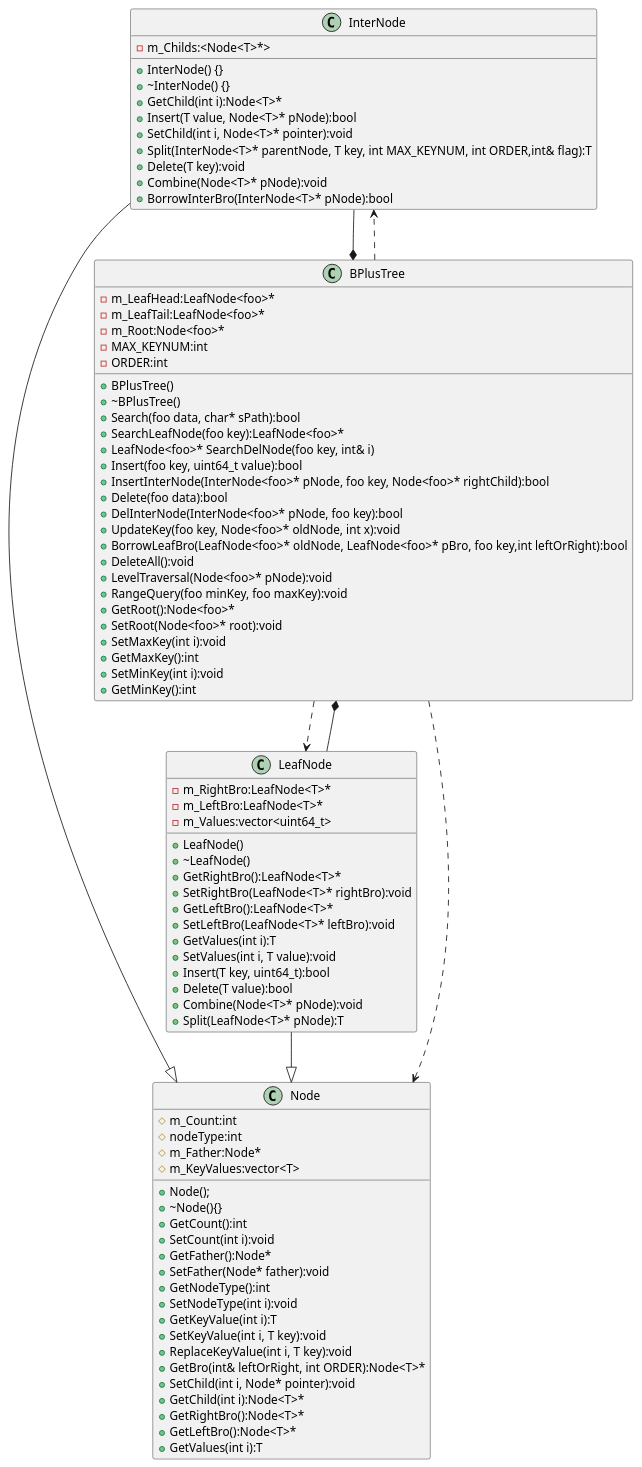
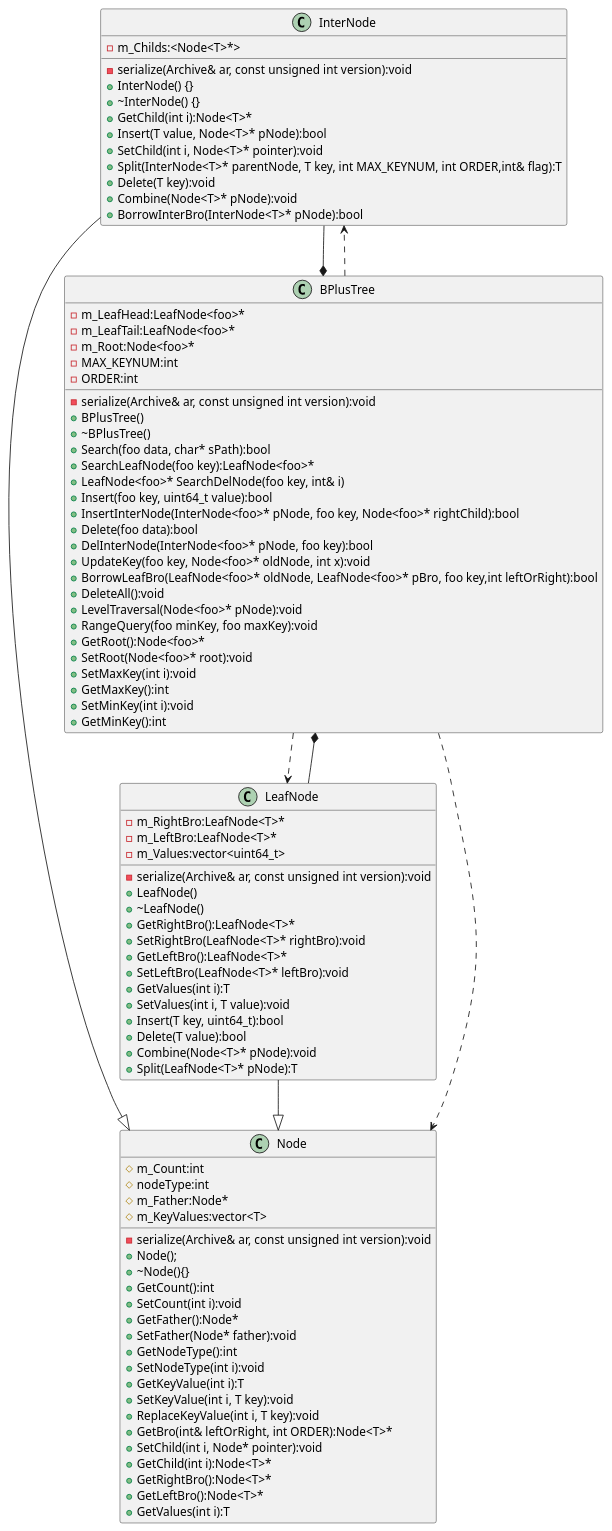
Before and after one commit to whyeinstein/BPlusTree: the diagram in docs/diagrams/src/BPlusTreeClassDiagram.plantuml, drawn with PlantUML. The commit also changed 9 other files, not shown here.

Commit message:
update diagram

```diff
--- a/docs/diagrams/src/BPlusTreeClassDiagram.plantuml
+++ b/docs/diagrams/src/BPlusTreeClassDiagram.plantuml
@@ -1,93 +1,97 @@
 @startuml BPlusTree Class Diagram
 class Node {
+  -serialize(Archive& ar, const unsigned int version):void
   #m_Count:int
   #nodeType:int
   #m_Father:Node*             
   #m_KeyValues:vector<T>  
   +Node();
   +~Node(){}  
   +GetCount():int 
   +SetCount(int i):void 
   +GetFather():Node* 
   +SetFather(Node* father):void 
   +GetNodeType():int 
   +SetNodeType(int i):void
   +GetKeyValue(int i):T
   +SetKeyValue(int i, T key):void
   +ReplaceKeyValue(int i, T key):void
   +GetBro(int& leftOrRight, int ORDER):Node<T>*
   +SetChild(int i, Node* pointer):void
   +GetChild(int i):Node<T>*
   +GetRightBro():Node<T>*
   +GetLeftBro():Node<T>*
   +GetValues(int i):T
 }
 
 class InterNode{
   -m_Childs:<Node<T>*>
+  -serialize(Archive& ar, const unsigned int version):void
   +InterNode() {}
   +~InterNode() {}
   +GetChild(int i):Node<T>* 
   +Insert(T value, Node<T>* pNode):bool
   +SetChild(int i, Node<T>* pointer):void
   +Split(InterNode<T>* parentNode, T key, int MAX_KEYNUM, int ORDER,int& flag):T
   +Delete(T key):void
   +Combine(Node<T>* pNode):void
   +BorrowInterBro(InterNode<T>* pNode):bool
 }
 
 class LeafNode {
   -m_RightBro:LeafNode<T>*         
   -m_LeftBro:LeafNode<T>*          
-  -m_Values:vector<uint64_t>  
+  -m_Values:vector<uint64_t>
+  -serialize(Archive& ar, const unsigned int version):void  
   +LeafNode()
   +~LeafNode()
   +GetRightBro():LeafNode<T>*
   +SetRightBro(LeafNode<T>* rightBro):void 
   +GetLeftBro():LeafNode<T>* 
   +SetLeftBro(LeafNode<T>* leftBro):void 
   +GetValues(int i):T 
   +SetValues(int i, T value):void 
   +Insert(T key, uint64_t):bool 
   +Delete(T value):bool 
   +Combine(Node<T>* pNode):void
   +Split(LeafNode<T>* pNode):T 
 }
 
 class BPlusTree{
   -m_LeafHead:LeafNode<foo>*
   -m_LeafTail:LeafNode<foo>*
   -m_Root:Node<foo>*         
   -MAX_KEYNUM:int             
-  -ORDER:int                  
+  -ORDER:int 
+  -serialize(Archive& ar, const unsigned int version):void                  
   +BPlusTree()
   +~BPlusTree()
   +Search(foo data, char* sPath):bool 
   +SearchLeafNode(foo key):LeafNode<foo>*
   +LeafNode<foo>* SearchDelNode(foo key, int& i)  
   +Insert(foo key, uint64_t value):bool
   +InsertInterNode(InterNode<foo>* pNode, foo key, Node<foo>* rightChild):bool
   +Delete(foo data):bool
   +DelInterNode(InterNode<foo>* pNode, foo key):bool
   +UpdateKey(foo key, Node<foo>* oldNode, int x):void
   +BorrowLeafBro(LeafNode<foo>* oldNode, LeafNode<foo>* pBro, foo key,int leftOrRight):bool
   +DeleteAll():void
   +LevelTraversal(Node<foo>* pNode):void
   +RangeQuery(foo minKey, foo maxKey):void
   +GetRoot():Node<foo>*
   +SetRoot(Node<foo>* root):void
   +SetMaxKey(int i):void
   +GetMaxKey():int
   +SetMinKey(int i):void
   +GetMinKey():int
 }
 
  LeafNode --* BPlusTree
  InterNode --* BPlusTree
  LeafNode--|>Node
  InterNode--|>Node
  BPlusTree..>InterNode
  BPlusTree..>LeafNode
  BPlusTree..>Node
 
 @enduml
```
